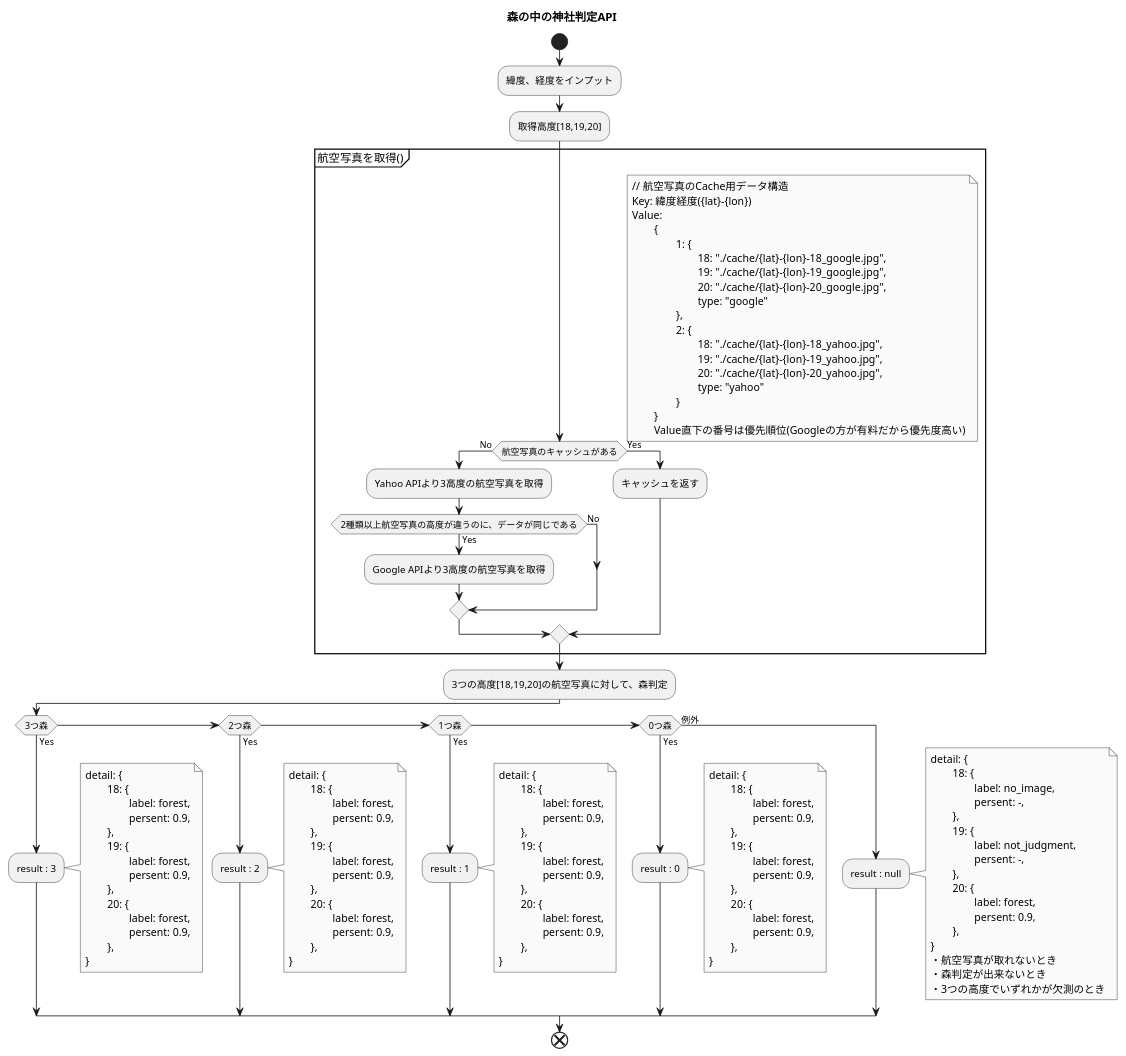
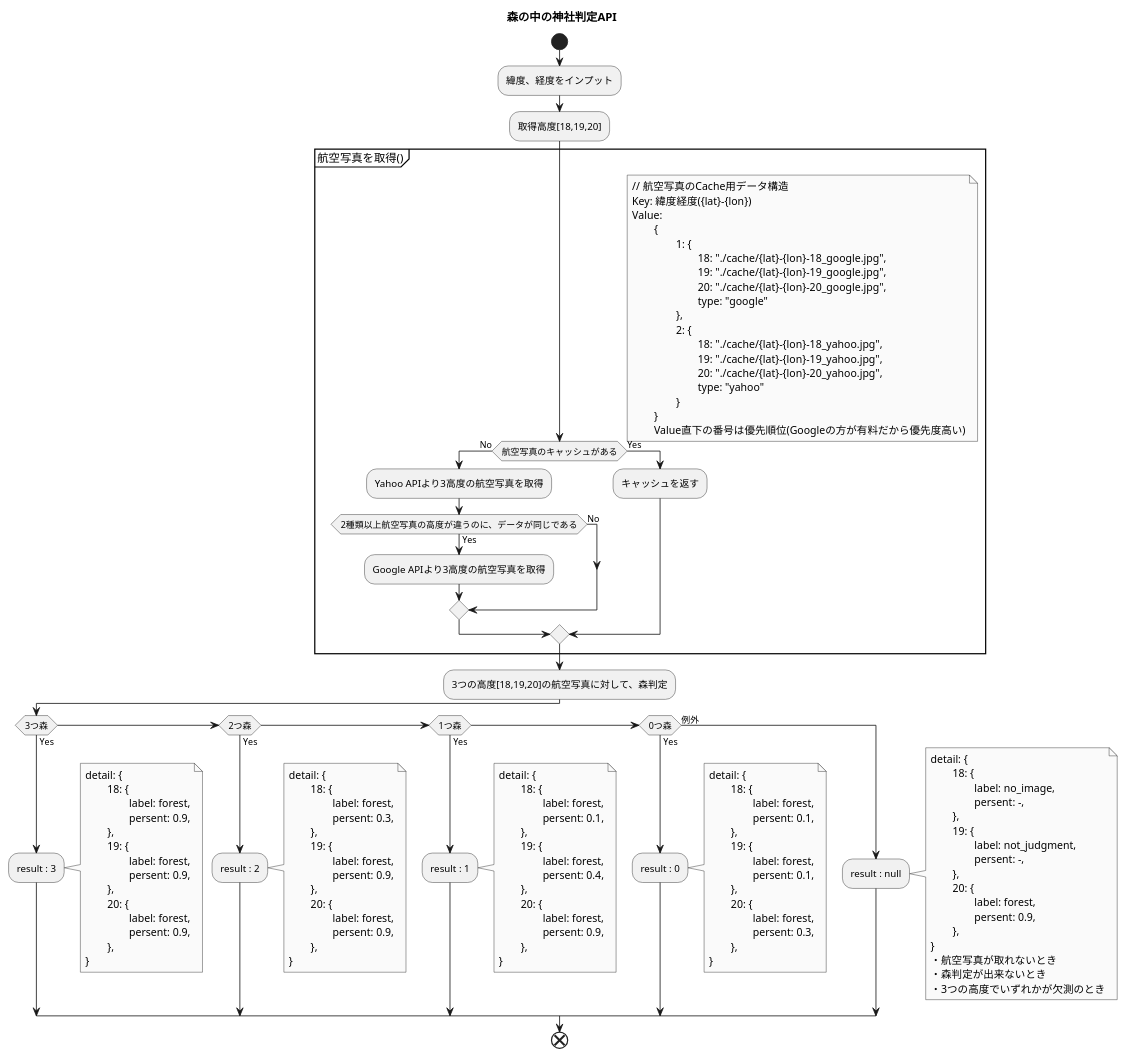
Before and after one commit to oh-yeah-sea-kit2/search_jinja_in_the_forest: the diagram in doc/activity_diagram.pu, drawn with PlantUML. The commit also changed 1 other file, not shown here.

Commit message:
森判定のフローチャート図を修正

```diff
--- a/doc/activity_diagram.pu
+++ b/doc/activity_diagram.pu
@@ -1,151 +1,151 @@
 @startuml
 
 skinparam monochrome true
 title 森の中の神社判定API
 
 ' ● 懸念点
 ' ・APIのキー制限に引っかからないかどうか…
 ' 	・Maxで叩いてしまった場合の計算をしよう
 ' 	・件数 x 3=リクエスト数
 ' ・森判定のモデルの学習量が不十分のとき、再学習必要。そのためのデータ収集の仕組み
 ' 	・これは森じゃないっぽい神社のポイントデータがほしい。ユーザ報告の森じゃないデータを保持するDB
 
 
 start
 :緯度、経度をインプット;
 :取得高度[18,19,20];
 partition 航空写真を取得() {
 	if (航空写真のキャッシュがある) then (No)
 		:Yahoo APIより3高度の航空写真を取得;
 		if (2種類以上航空写真の高度が違うのに、データが同じである) then (Yes)
 			:Google APIより3高度の航空写真を取得;
 		else (No)
 		endif
 	else (Yes)
 		:キャッシュを返す;
 	endif
 }
 note right
 	// 航空写真のCache用データ構造
 	Key: 緯度経度({lat}-{lon})
 	Value: 
 		{
 			1: {
 				18: "./cache/{lat}-{lon}-18_google.jpg",
 				19: "./cache/{lat}-{lon}-19_google.jpg",
 				20: "./cache/{lat}-{lon}-20_google.jpg",
 				type: "google"
 			},
 			2: {
 				18: "./cache/{lat}-{lon}-18_yahoo.jpg",
 				19: "./cache/{lat}-{lon}-19_yahoo.jpg",
 				20: "./cache/{lat}-{lon}-20_yahoo.jpg",
 				type: "yahoo"
 			}
 		}
 		Value直下の番号は優先順位(Googleの方が有料だから優先度高い)
 end note
 
 :3つの高度[18,19,20]の航空写真に対して、森判定;
 
 if (3つ森) then (Yes)
 	:result : 3;
 	note right
 		detail: {
 			18: {
 				label: forest,
 				persent: 0.9,
 			},
 			19: {
 				label: forest,
 				persent: 0.9,
 			},
 			20: {
 				label: forest,
 				persent: 0.9,
 			},
 		}
 	end note
 else if (2つ森) then (Yes)
 	:result : 2;
 	note right
 		detail: {
 			18: {
 				label: forest,
-				persent: 0.9,
+				persent: 0.3,
 			},
 			19: {
 				label: forest,
 				persent: 0.9,
 			},
 			20: {
 				label: forest,
 				persent: 0.9,
 			},
 		}
 	end note
 else if (1つ森) then (Yes)
 	:result : 1;
 	note right
 		detail: {
 			18: {
 				label: forest,
-				persent: 0.9,
+				persent: 0.1,
 			},
 			19: {
 				label: forest,
-				persent: 0.9,
+				persent: 0.4,
 			},
 			20: {
 				label: forest,
 				persent: 0.9,
 			},
 		}
 	end note
 else if (0つ森) then (Yes)
 	:result : 0;
 	note right
 		detail: {
 			18: {
 				label: forest,
-				persent: 0.9,
+				persent: 0.1,
 			},
 			19: {
 				label: forest,
-				persent: 0.9,
+				persent: 0.1,
 			},
 			20: {
 				label: forest,
-				persent: 0.9,
+				persent: 0.3,
 			},
 		}
 	end note
 else (例外)
 	:result : null;
 	note right
 		detail: {
 			18: {
 				label: no_image,
 				persent: -,
 			},
 			19: {
 				label: not_judgment,
 				persent: -,
 			},
 			20: {
 				label: forest,
 				persent: 0.9,
 			},
 		}
 		・航空写真が取れないとき
 		・森判定が出来ないとき
 		・3つの高度でいずれかが欠測のとき
 	end note
 endif
 
 
 
 end
 
 
 @enduml
```
